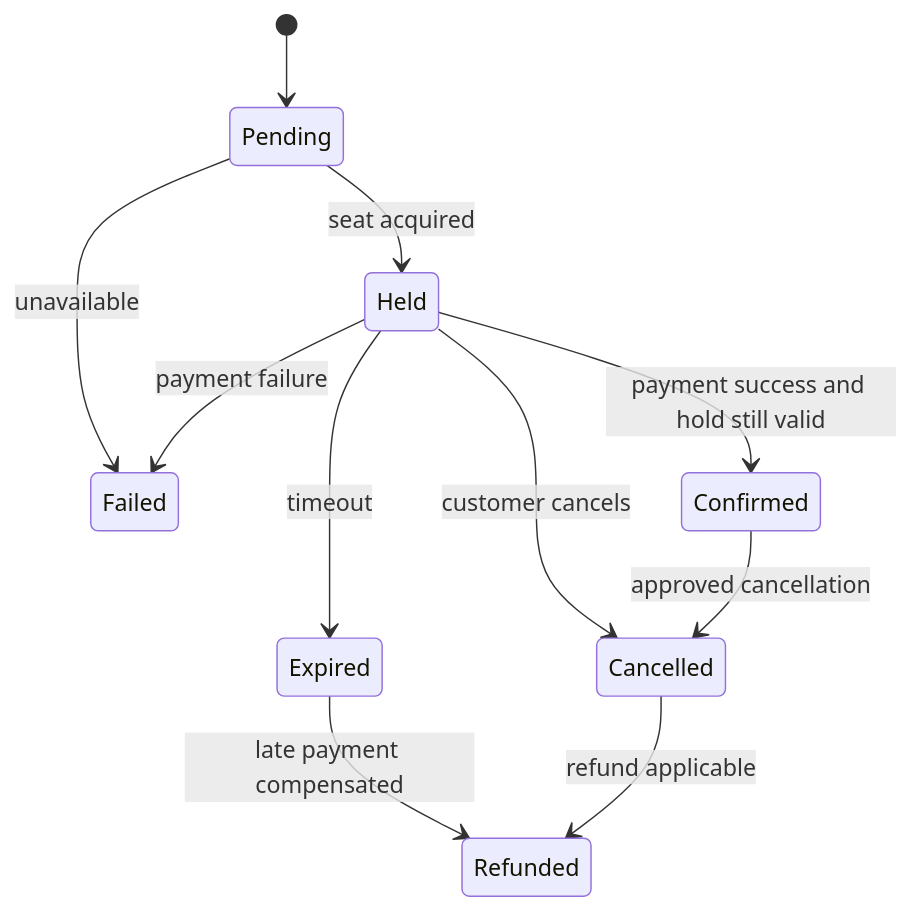
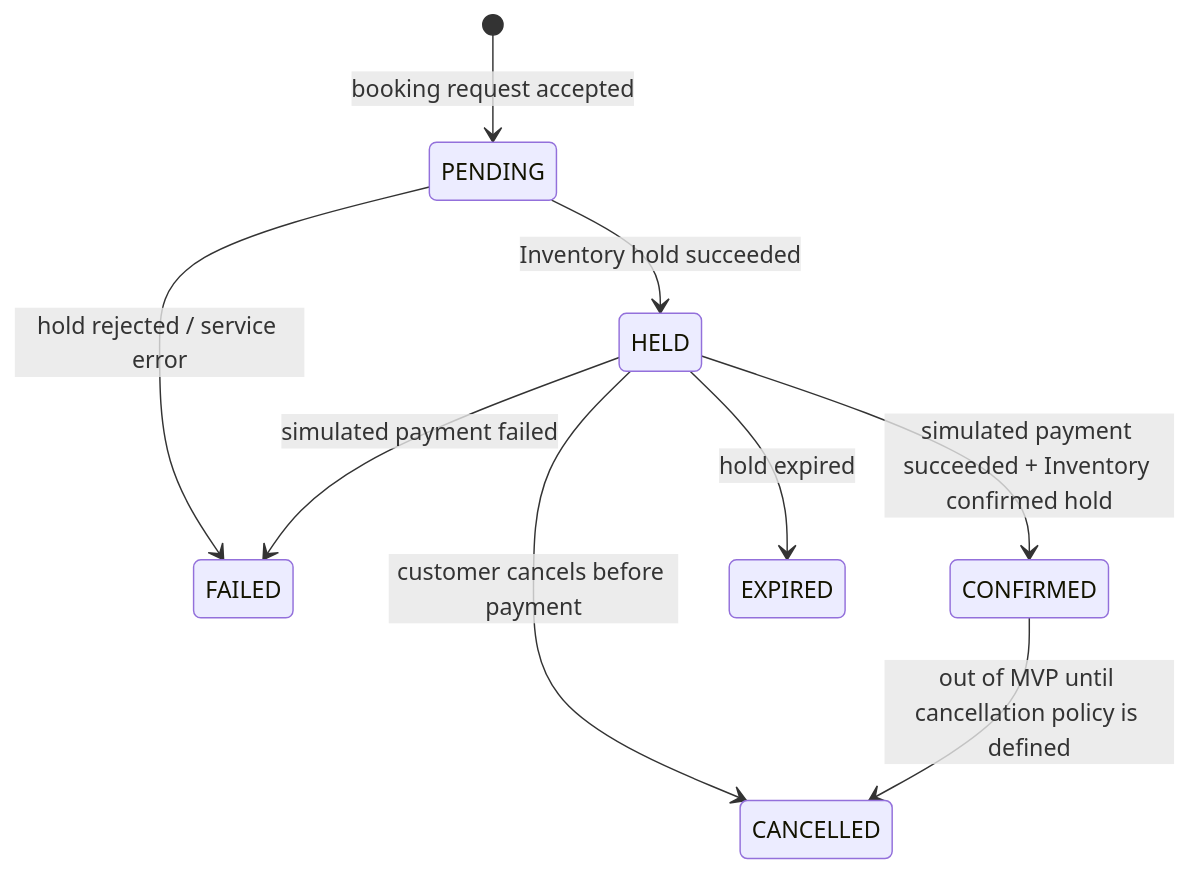
Before and after one commit to ysf-RAMI/eventflow-ai: the second of 3 diagrams in docs/architecture/README.md, drawn with Mermaid. The commit also changed other lines of this file and 62 other files, not shown here.

Commit message:
feat: align MVP service architecture and persistence baseline

````diff
--- a/docs/architecture/README.md
+++ b/docs/architecture/README.md
@@ -30,13 +52,11 @@
 ```mermaid
 stateDiagram-v2
-    [*] --> Pending
-    Pending --> Held: seat acquired
-    Pending --> Failed: unavailable
-    Held --> Confirmed: payment success and hold still valid
-    Held --> Expired: timeout
-    Held --> Cancelled: customer cancels
-    Held --> Failed: payment failure
-    Confirmed --> Cancelled: approved cancellation
-    Expired --> Refunded: late payment compensated
-    Cancelled --> Refunded: refund applicable
+    [*] --> PENDING: booking request accepted
+    PENDING --> HELD: Inventory hold succeeded
+    PENDING --> FAILED: hold rejected / service error
+    HELD --> CONFIRMED: simulated payment succeeded + Inventory confirmed hold
+    HELD --> FAILED: simulated payment failed
+    HELD --> EXPIRED: hold expired
+    HELD --> CANCELLED: customer cancels before payment
+    CONFIRMED --> CANCELLED: out of MVP until cancellation policy is defined
 ```
````
